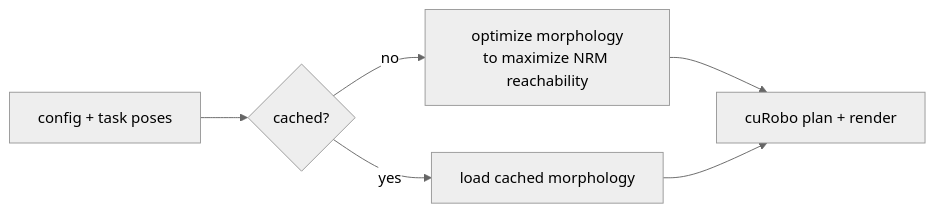
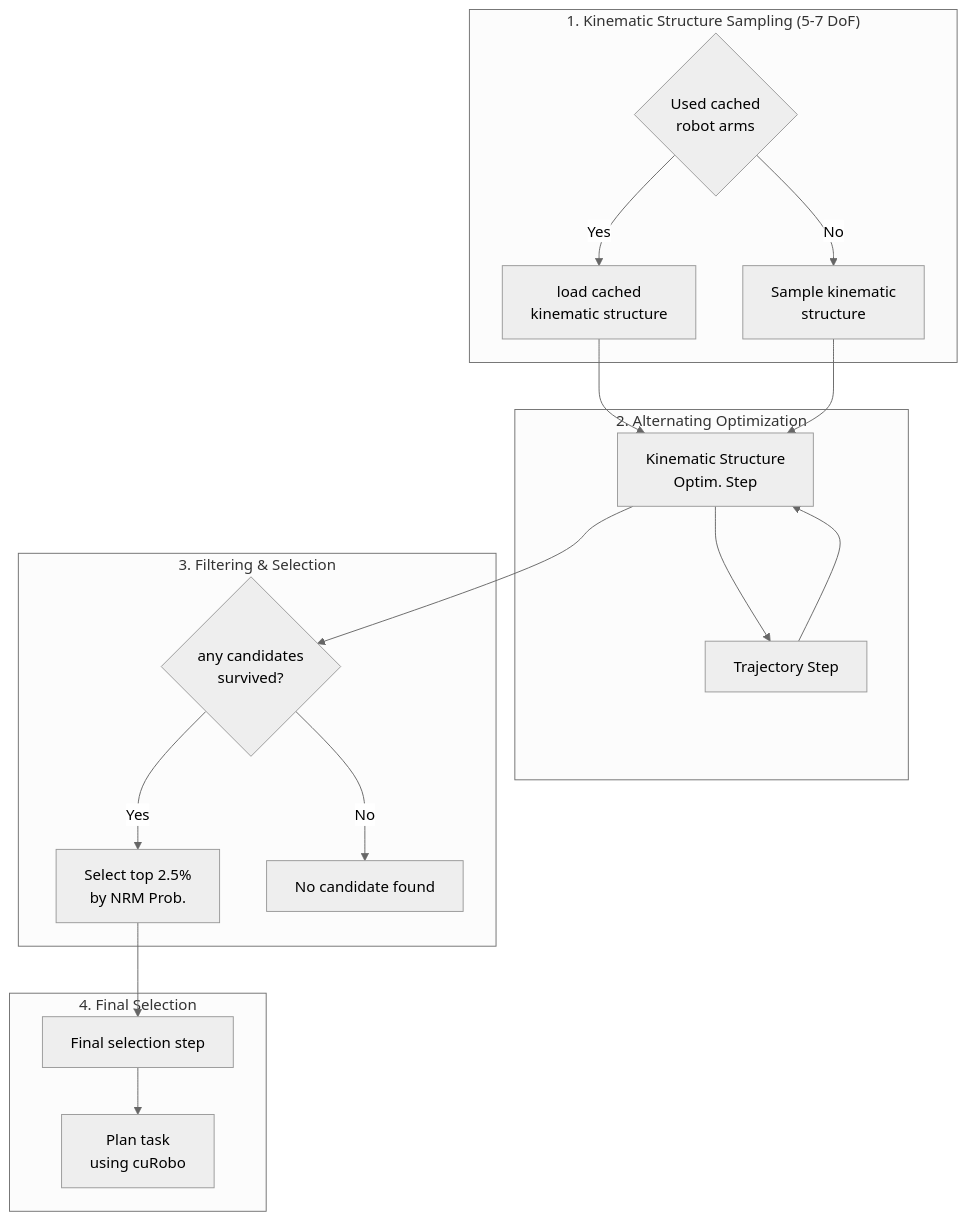
Before and after one commit to raymondkings/RAM-Newton: the diagram in README.md, drawn with Mermaid (neutral theme). The commit also changed other lines of this file, not shown here.

Commit message:
update diagram in README

````diff
--- a/README.md
+++ b/README.md
@@ -81,8 +81,32 @@
 ```mermaid
-flowchart LR
-    A[config + task poses] --> B{cached?}
-    B -->|no| C[optimize morphology<br/>to maximize NRM reachability]
-    B -->|yes| D[load cached morphology]
-    C --> E[cuRobo plan + render]
-    D --> E
+flowchart TD
+    subgraph S1["1. Kinematic Structure Sampling (5-7 DoF)"]
+        A{Used cached<br/>robot arms}
+        A -->|Yes| B[load cached<br/>kinematic structure]
+        A -->|No| C[Sample kinematic<br/>structure]
+    end
+
+    subgraph S2["2. Alternating Optimization"]
+        D[Kinematic Structure<br/>Optim. Step]
+        E[Trajectory Step]
+        D --> E
+        E --> D
+    end
+
+    subgraph S3["3. Filtering & Selection"]
+        F{any candidates<br/>survived?}
+        F -->|Yes| G["Select top 2.5%<br/>by NRM Prob."]
+        F -->|No| H[No candidate found]
+    end
+
+    subgraph S4["4. Final Selection"]
+        I[Final selection step]
+        J[Plan task<br/>using cuRobo]
+        I --> J
+    end
+
+    B --> D
+    C --> D
+    D --> F
+    G --> I
 ```
````
